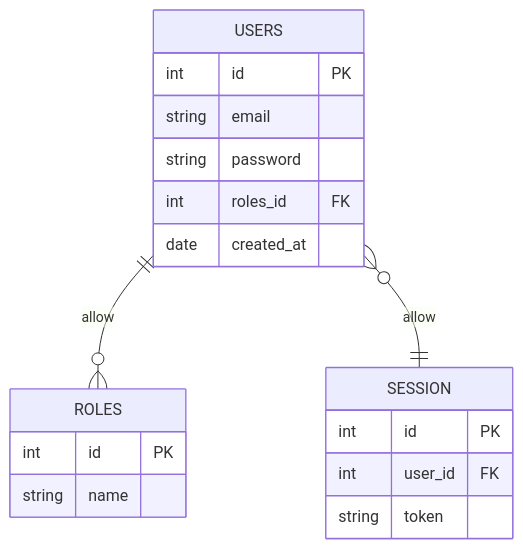
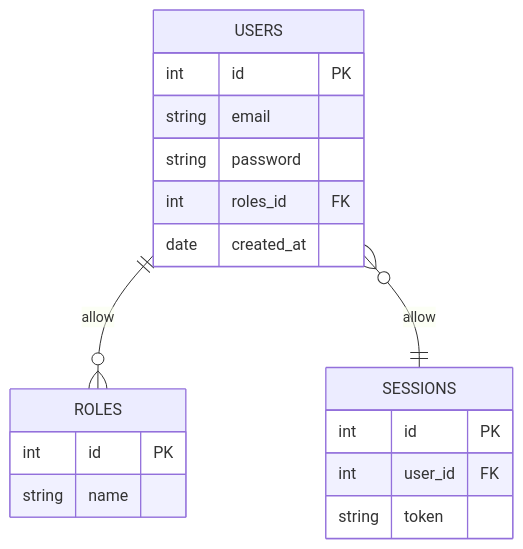
Before and after one commit to mfchrzlmzakky/koda-b1-db4: the diagram in README.MD, drawn with Mermaid.

Commit message:
fix: change session to sessions

````diff
--- a/README.MD
+++ b/README.MD
@@ -1,26 +1,26 @@
 ```mermaid
 
 erDiagram
 
 USERS ||--o{ ROLES : allow
-USERS }o--|| SESSION : allow
+USERS }o--|| SESSIONS : allow
 USERS{
   int id PK
   string email
   string password
   int roles_id FK
   date created_at
 }
 
 ROLES{
   int id PK
   string name
 }
 
-SESSION{
+SESSIONS{
   int id PK
   int user_id FK
   string token
 }
 
 ```
````
